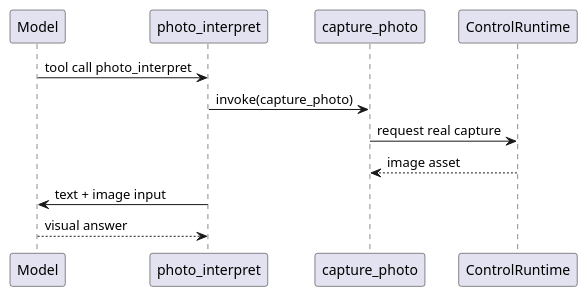
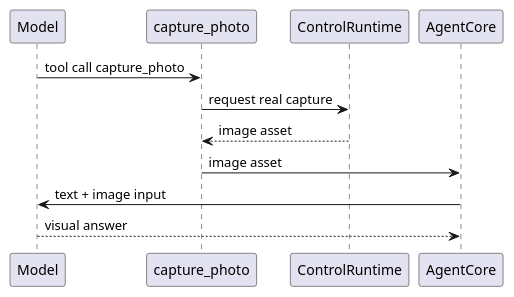
Before and after one commit to HengeLiu/RealtimeAgent: the second of 2 diagrams in doc/plan/PhaseG-真实抓拍图片实施文档.md, drawn with PlantUML. The commit also changed other lines of this file and 31 other files, not shown here.

````diff
--- a/doc/plan/PhaseG-真实抓拍图片实施文档.md
+++ b/doc/plan/PhaseG-真实抓拍图片实施文档.md
@@ -84,15 +84,15 @@
 ```plantuml
 @startuml
 participant "Model" as M
-participant "photo_interpret" as P
 participant "capture_photo" as T
 participant "ControlRuntime" as C
+participant "AgentCore" as A
 
-M -> P : tool call photo_interpret
-P -> T : invoke(capture_photo)
+M -> T : tool call capture_photo
 T -> C : request real capture
 C --> T : image asset
-P -> M : text + image input
-M --> P : visual answer
+T -> A : image asset
+A -> M : text + image input
+M --> A : visual answer
 @enduml
 ```
````
